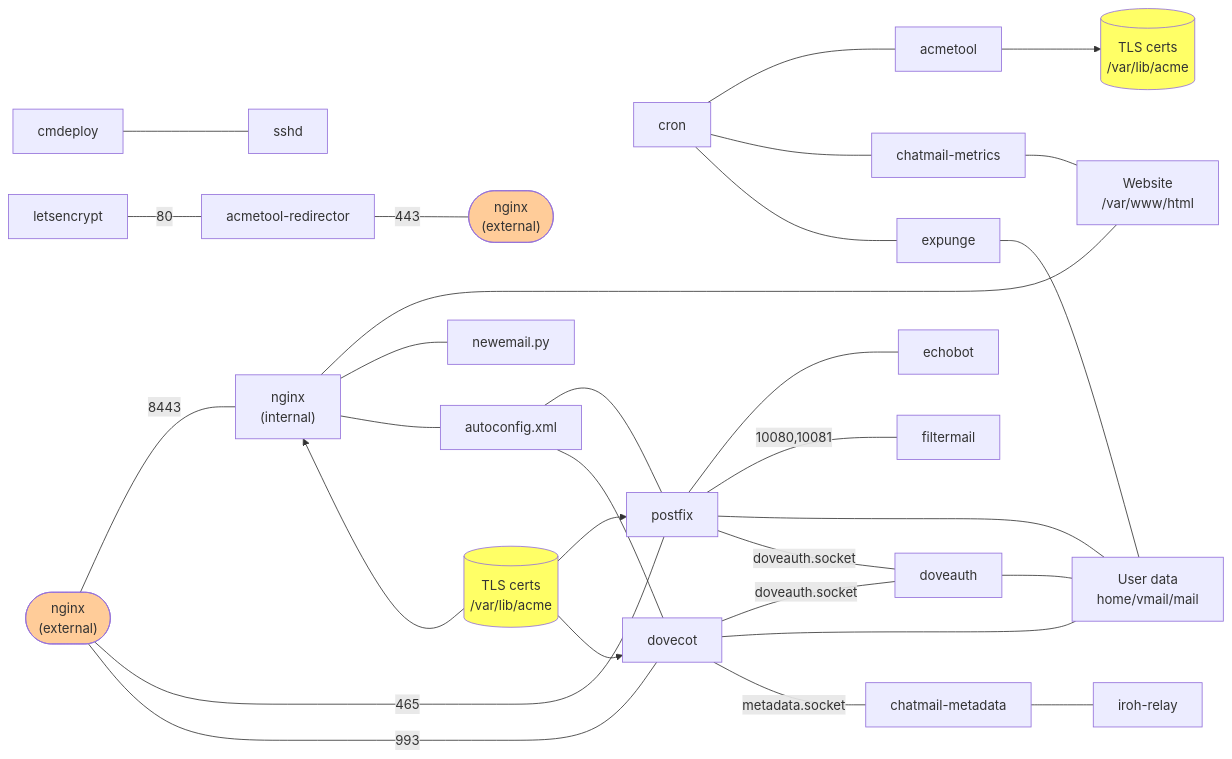
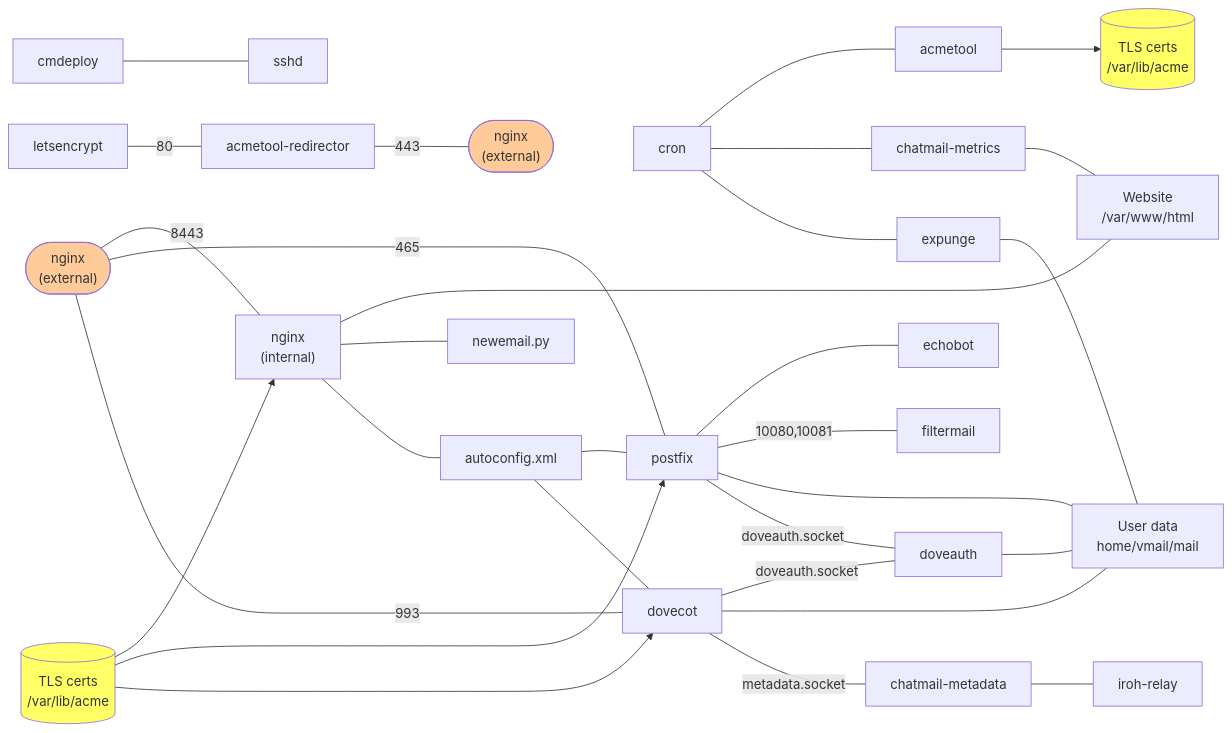
The diagram in ARCHITECTURE.md (cliffmccarthy/chatmail-relay), drawn with Mermaid before and after one commit.

Commit message:
Remove invisible link

````diff
--- a/ARCHITECTURE.md
+++ b/ARCHITECTURE.md
@@ -4,43 +4,43 @@
 ```mermaid
 graph LR;
     cmdeploy --- sshd;
     letsencrypt --- |80|acmetool-redirector;
     acmetool-redirector --- |443|nginx-right(["`nginx
     (external)`"]);
     nginx(["`nginx
     (external)`"]) --- |8443|nginx-internal["`nginx
     (internal)`"];
     nginx-internal --- website["`Website
     /var/www/html`"];
     nginx-internal --- newemail.py;
     nginx-internal --- autoconfig.xml;
-    nginx-internal ~~~ certs-nginx[("`TLS certs
+    certs-nginx[("`TLS certs
     /var/lib/acme`")] --> nginx-internal;
     cron --- acmetool;
     cron --- chatmail-metrics;
     cron --- expunge;
     chatmail-metrics --- website;
     acmetool --> certs[("`TLS certs
     /var/lib/acme`")];
     nginx --- |465|postfix;
     nginx --- |993|dovecot;
     autoconfig.xml --- postfix;
     autoconfig.xml --- dovecot;
     postfix --- echobot;
     postfix --- |10080,10081|filtermail;
     postfix --- users["`User data
     home/vmail/mail`"];
     postfix --- |doveauth.socket|doveauth;
     dovecot --- |doveauth.socket|doveauth;
     dovecot --- users;
     dovecot --- |metadata.socket|chatmail-metadata;
     doveauth --- users;
     expunge --- users;
     chatmail-metadata --- iroh-relay;
     certs-nginx --> postfix;
     certs-nginx --> dovecot;
     style certs fill:#ff6;
     style certs-nginx fill:#ff6;
     style nginx fill:#fc9;
     style nginx-right fill:#fc9;
 ```
````
